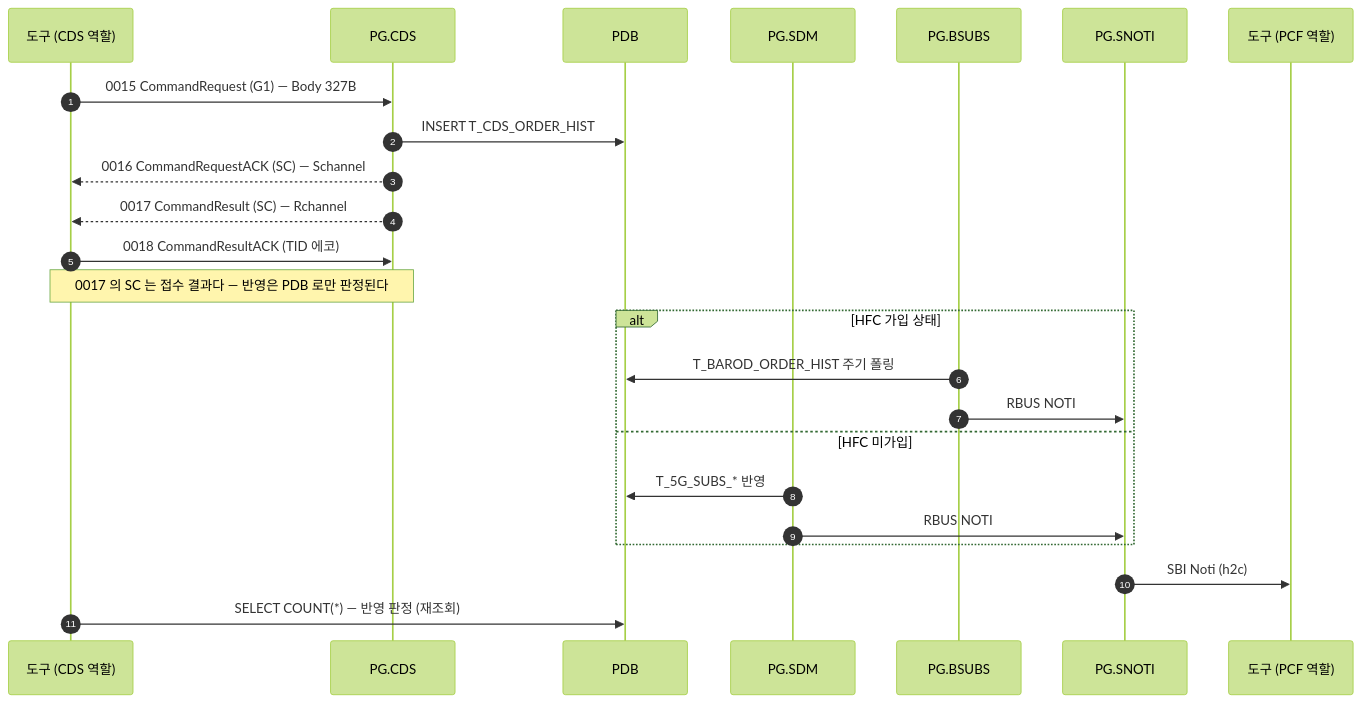
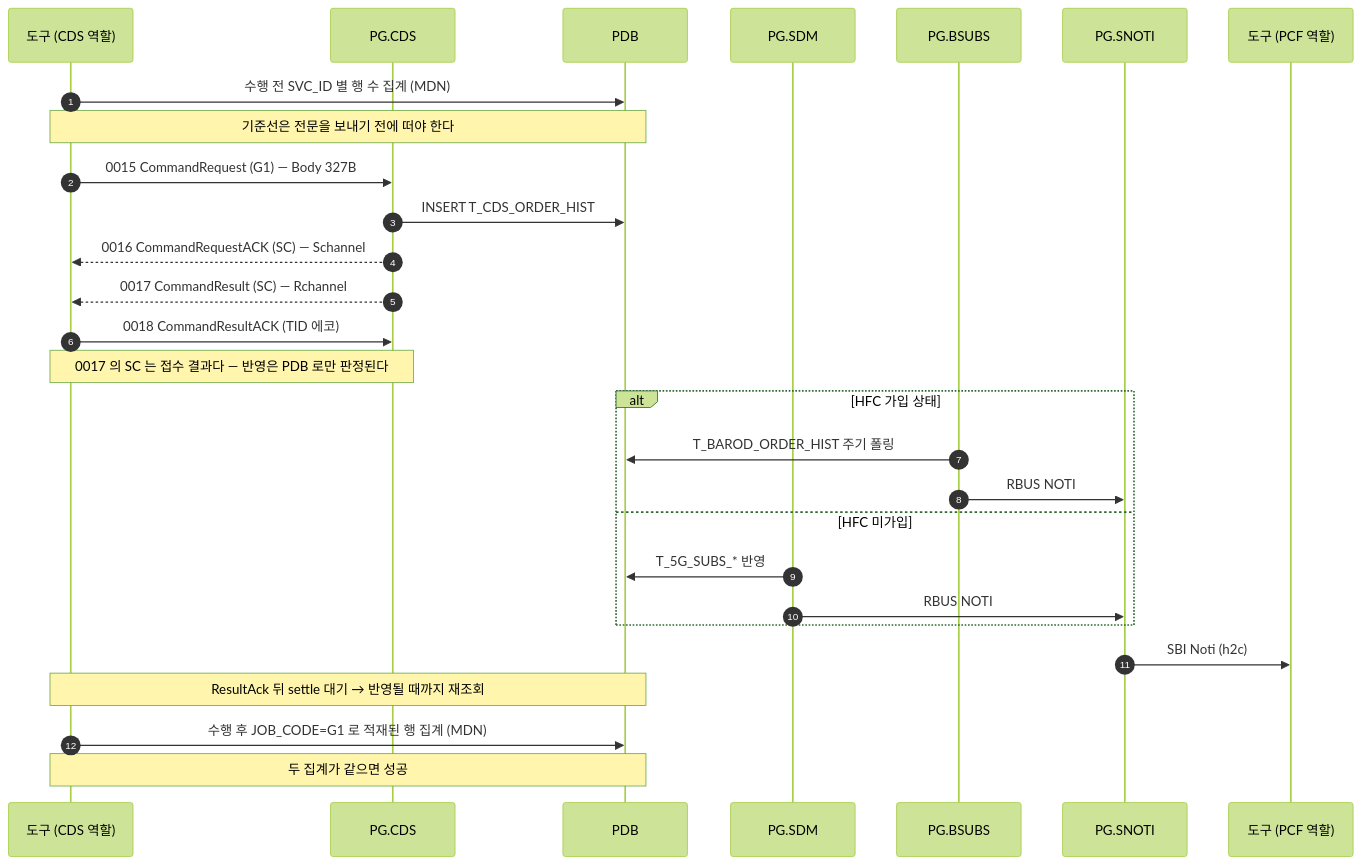
The diagram in docs/callflow/CDS_G1.md (IanKim2030/tc4robot), drawn with Mermaid (forest theme) before and after one commit. The commit also changed 18 other files, not shown here.

First line of the commit message:
docs: 콜플로우의 PDB 판정을 코드별 실제 조회로 바꾼다

````diff
--- a/docs/callflow/CDS_G1.md
+++ b/docs/callflow/CDS_G1.md
@@ -17,28 +17,32 @@
 ```mermaid
 sequenceDiagram
     autonumber
     participant TOOL as 도구 (CDS 역할)
     participant PCDS as PG.CDS
     participant PDB as PDB
     participant SDM as PG.SDM
     participant BSUBS as PG.BSUBS
     participant SNOTI as PG.SNOTI
     participant PCF as 도구 (PCF 역할)
 
+    TOOL->>PDB: 수행 전 SVC_ID 별 행 수 집계 (MDN)
+    Note over TOOL,PDB: 기준선은 전문을 보내기 전에 떠야 한다
     TOOL->>PCDS: 0015 CommandRequest (G1) — Body 327B
     PCDS->>PDB: INSERT T_CDS_ORDER_HIST
     PCDS-->>TOOL: 0016 CommandRequestACK (SC) — Schannel
     PCDS-->>TOOL: 0017 CommandResult (SC) — Rchannel
     TOOL->>PCDS: 0018 CommandResultACK (TID 에코)
     Note over TOOL,PCDS: 0017 의 SC 는 접수 결과다 — 반영은 PDB 로만 판정된다
 
     alt HFC 가입 상태
         BSUBS->>PDB: T_BAROD_ORDER_HIST 주기 폴링
         BSUBS->>SNOTI: RBUS NOTI
     else HFC 미가입
         SDM->>PDB: T_5G_SUBS_* 반영
         SDM->>SNOTI: RBUS NOTI
     end
     SNOTI->>PCF: SBI Noti (h2c)
-    TOOL->>PDB: SELECT COUNT(*) — 반영 판정 (재조회)
+    Note over TOOL,PDB: ResultAck 뒤 settle 대기 → 반영될 때까지 재조회
+    TOOL->>PDB: 수행 후 JOB_CODE=G1 로 적재된 행 집계 (MDN)
+    Note over TOOL,PDB: 두 집계가 같으면 성공
 ```
````
